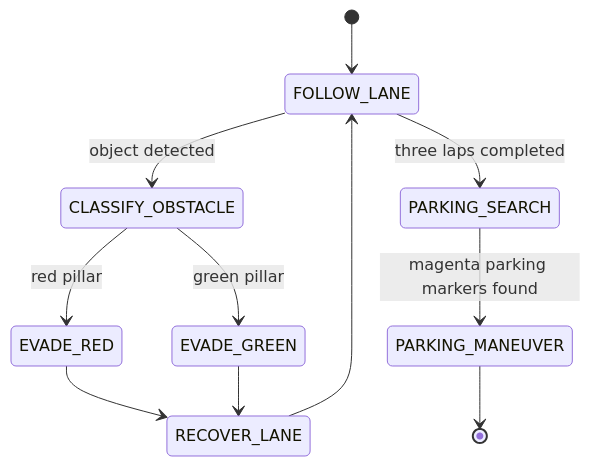
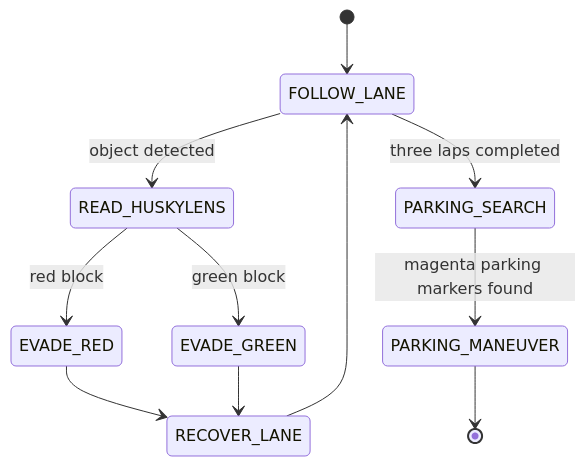
The diagram in docs/07_obstacle_challenge_strategy.md (Yamilgmr/SKRobotics_WRO2026), drawn with Mermaid before and after one commit. The commit also changed other lines of this file and 22 other files, not shown here.

````diff
--- a/docs/07_obstacle_challenge_strategy.md
+++ b/docs/07_obstacle_challenge_strategy.md
@@ -21,13 +23,13 @@
 ```mermaid
 stateDiagram-v2
     [*] --> FOLLOW_LANE
-    FOLLOW_LANE --> CLASSIFY_OBSTACLE: object detected
-    CLASSIFY_OBSTACLE --> EVADE_RED: red pillar
-    CLASSIFY_OBSTACLE --> EVADE_GREEN: green pillar
+    FOLLOW_LANE --> READ_HUSKYLENS: object detected
+    READ_HUSKYLENS --> EVADE_RED: red block
+    READ_HUSKYLENS --> EVADE_GREEN: green block
     EVADE_RED --> RECOVER_LANE
     EVADE_GREEN --> RECOVER_LANE
     RECOVER_LANE --> FOLLOW_LANE
     FOLLOW_LANE --> PARKING_SEARCH: three laps completed
     PARKING_SEARCH --> PARKING_MANEUVER: magenta parking markers found
     PARKING_MANEUVER --> [*]
 ```
````
